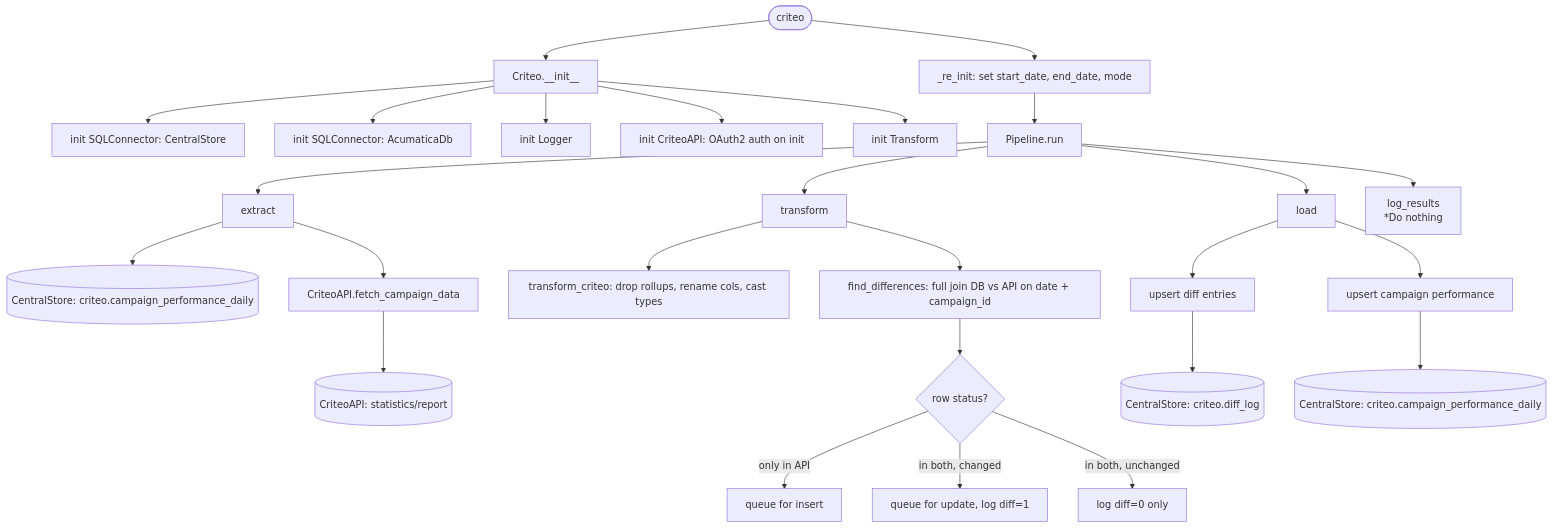
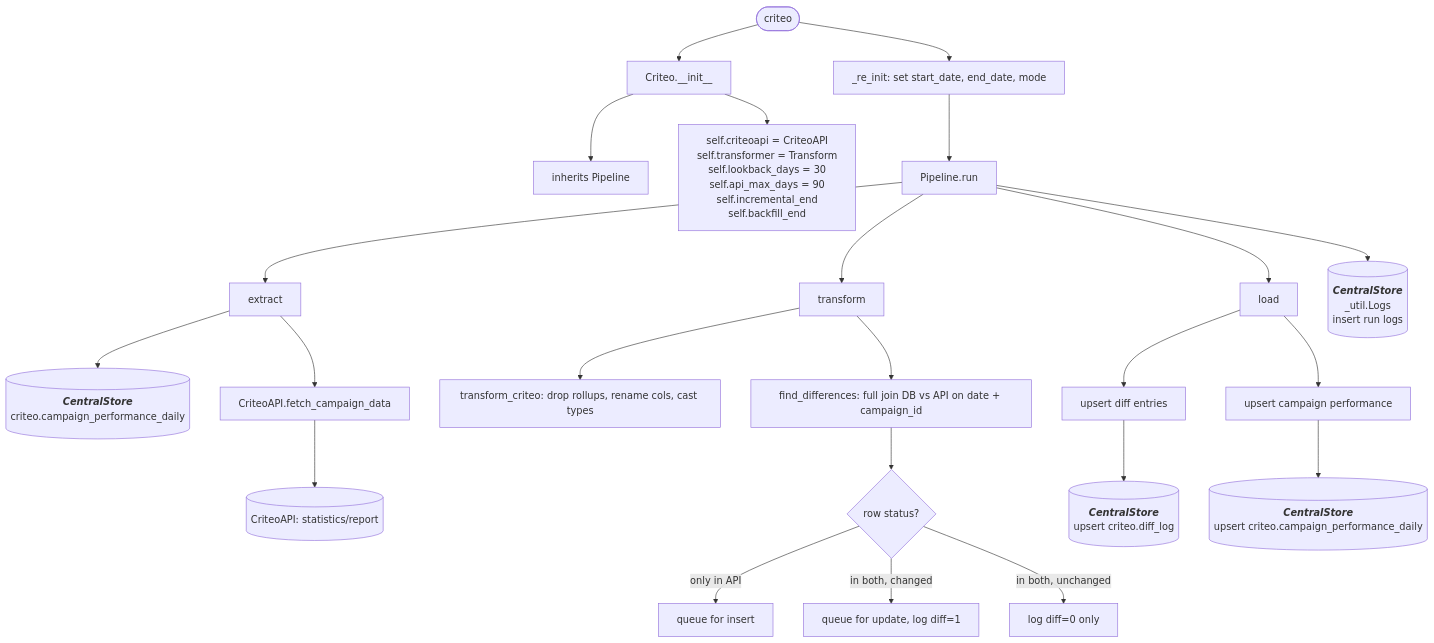
One commit to journeyhl/integration-platform changed the diagram in docs/functions/criteo_ads.md. Above: the diagram before and after it, drawn with Mermaid. The commit also changed 42 other files, not shown here.

````diff
--- a/docs/functions/criteo_ads.md
+++ b/docs/functions/criteo_ads.md
@@ -26,33 +25,49 @@
 ```mermaid
 %%{init: {"flowchart": {"wrappingWidth": 400}}}%%
 flowchart TD
     A([criteo]) --> B[Criteo.__init__]
-    B --> B1[init SQLConnector: CentralStore]
-    B --> B2[init SQLConnector: AcumaticaDb]
-    B --> B3[init Logger]
-    B --> B4[init CriteoAPI: OAuth2 auth on init]
-    B --> B5[init Transform]
+    B --> B1[inherits Pipeline]
+    B --> B2[
+        self.criteoapi = CriteoAPI
+        self.transformer = Transform
+        self.lookback_days = 30
+        self.api_max_days = 90
+        self.incremental_end
+        self.backfill_end
+    ]
     A --> RI[_re_init: set start_date, end_date, mode]
     RI --> RUN[Pipeline.run]
 
     RUN --> EX[extract]
-    EX --> D1[(CentralStore: criteo.campaign_performance_daily)]
+    EX --> D1[(
+        <b><i>CentralStore</i></b>
+        criteo.campaign_performance_daily
+    )]
     EX --> API[CriteoAPI.fetch_campaign_data]
     API --> D2[(CriteoAPI: statistics/report)]
 
     RUN --> TR[transform]
     TR --> T1[transform_criteo: drop rollups, rename cols, cast types]
     TR --> T2[find_differences: full join DB vs API on date + campaign_id]
     T2 --> T3{row status?}
     T3 -->|only in API| T4[queue for insert]
     T3 -->|in both, changed| T5[queue for update, log diff=1]
     T3 -->|in both, unchanged| T6[log diff=0 only]
 
     RUN --> LD[load]
     LD --> LS1[upsert diff entries]
-    LS1 --> CS1[(CentralStore: criteo.diff_log)]
+    LS1 --> CS1[(
+        <b><i>CentralStore</i></b>
+        upsert criteo.diff_log
+    )]
     LD --> LS2[upsert campaign performance]
-    LS2 --> CS2[(CentralStore: criteo.campaign_performance_daily)]
+    LS2 --> CS2[(
+        <b><i>CentralStore</i></b>
+        upsert criteo.campaign_performance_daily
+    )]
 
-    RUN --> LR[log_results<br/>*Do nothing]
+    RUN --> LOGS[(
+        <b><i>CentralStore</i></b>
+        _util.Logs<br/>insert run logs
+    )]
 ```
````
